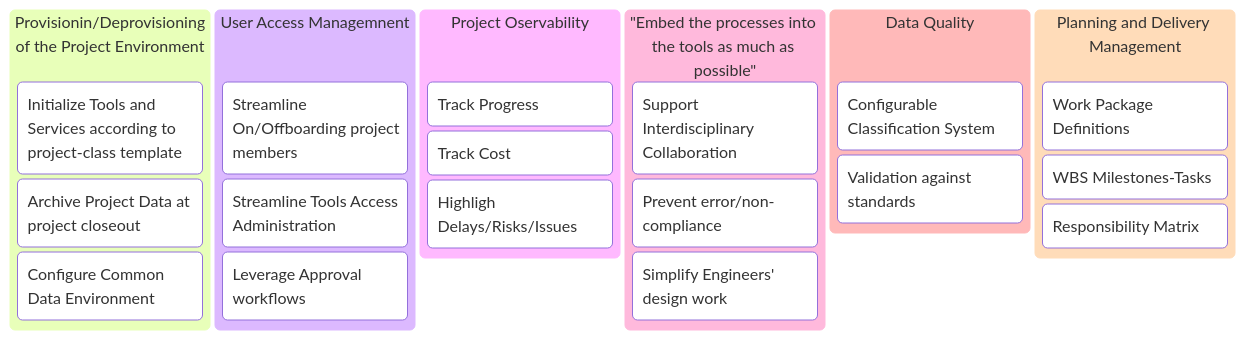
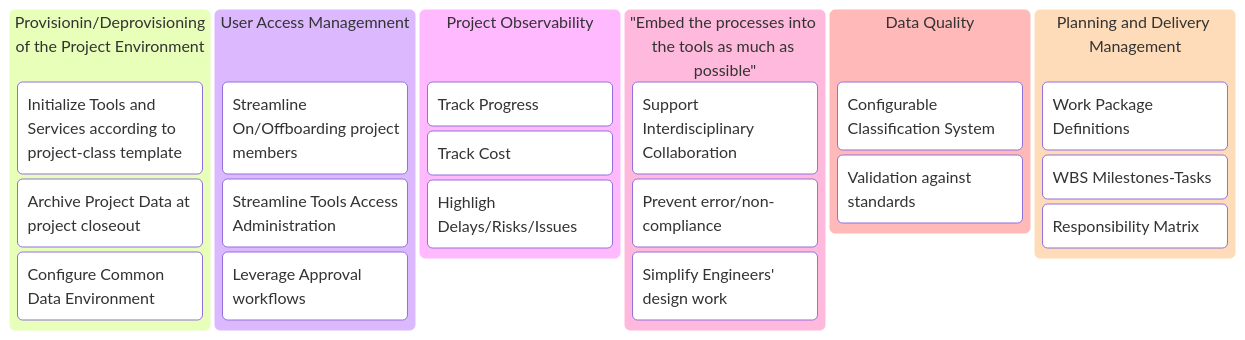
Before and after one commit to Paradox-85/ram_upe: the diagram in docs/brainstorming.md, drawn with Mermaid.

```diff
--- a/docs/brainstorming.md
+++ b/docs/brainstorming.md
@@ -6,26 +6,26 @@
 ::: mermaid
 kanban
   Provisionin/Deprovisioning<br/>of the Project Environment
     Initialize Tools and Services according to project-class template
     Archive Project Data at project closeout
     Configure Common Data Environment 
   User Access Managemnent
       Streamline On/Offboarding project members
       Streamline Tools Access Administration
       Leverage Approval workflows
-  Project Oservability
+  Project Observability
     Track Progress
     Track Cost
     Highligh Delays/Risks/Issues
   "Embed the processes into the tools as much as possible"
     Support Interdisciplinary Collaboration
     Prevent error/non-compliance
     Simplify Engineers' design work
   Data Quality
     Configurable Classification System
     Validation against standards
   Planning and Delivery Management
     Work Package Definitions
     WBS Milestones-Tasks
     Responsibility Matrix
 :::
```
